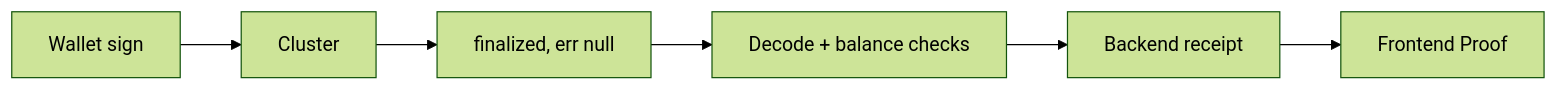
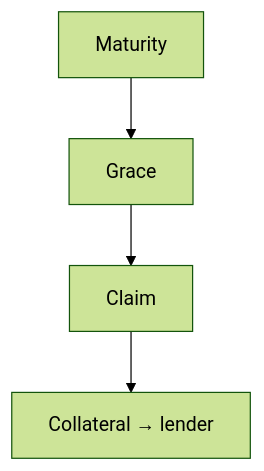
One commit to goat-dev8/LOCATE changed the second of 3 diagrams in README.md. Above: the diagram before and after it, drawn with Mermaid (forest theme). The commit also changed other lines of this file and 7 other files, not shown here.

````diff
--- a/README.md
+++ b/README.md
@@ -221,8 +74,6 @@
 ```mermaid
-flowchart LR
-  W[Wallet sign] --> C[Cluster]
-  C --> F[finalized, err null]
-  F --> D[Decode + balance checks]
-  D --> API[Backend receipt]
-  API --> UI[Frontend Proof]
+flowchart TD
+  MAT[Maturity] --> GRACE[Grace]
+  GRACE --> CLAIM[Claim]
+  CLAIM --> USDC[Collateral → lender]
 ```
````
